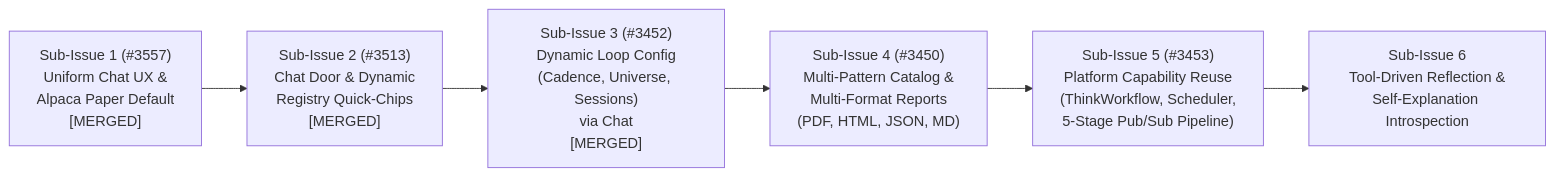
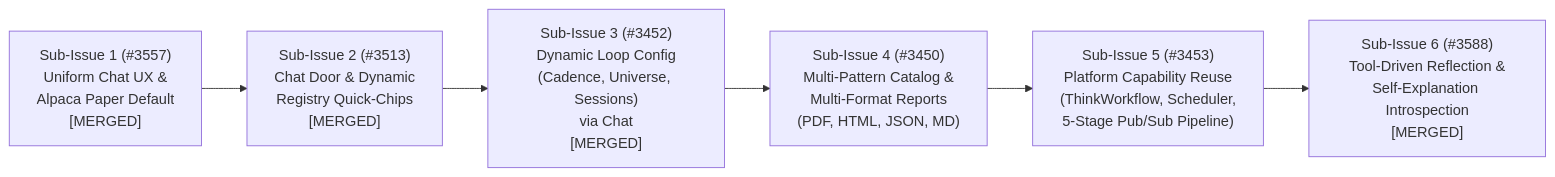
One commit to Qunsultant/cfagent changed the first of 4 diagrams in docs/architecture/agentic/stockcopilot-evoluation.md. Above: the diagram before and after it, drawn with Mermaid. The commit also changed other lines of this file, not shown here.

Commit message:
docs: update stock copilot evolution reference architecture for sub-issue 6 #ceo-aimp

````diff
--- a/docs/architecture/agentic/stockcopilot-evoluation.md
+++ b/docs/architecture/agentic/stockcopilot-evoluation.md
@@ -42,8 +42,8 @@
 ```mermaid
 flowchart LR
     S1["Sub-Issue 1 (#3557)<br/>Uniform Chat UX &<br/>Alpaca Paper Default<br/>[MERGED]"] --> S2["Sub-Issue 2 (#3513)<br/>Chat Door & Dynamic<br/>Registry Quick-Chips<br/>[MERGED]"]
     S2 --> S3["Sub-Issue 3 (#3452)<br/>Dynamic Loop Config<br/>(Cadence, Universe, Sessions)<br/>via Chat<br/>[MERGED]"]
     S3 --> S4["Sub-Issue 4 (#3450)<br/>Multi-Pattern Catalog &<br/>Multi-Format Reports<br/>(PDF, HTML, JSON, MD)"]
     S4 --> S5["Sub-Issue 5 (#3453)<br/>Platform Capability Reuse<br/>(ThinkWorkflow, Scheduler,<br/>5-Stage Pub/Sub Pipeline)"]
-    S5 --> S6["Sub-Issue 6<br/>Tool-Driven Reflection &<br/>Self-Explanation Introspection"]
+    S5 --> S6["Sub-Issue 6 (#3588)<br/>Tool-Driven Reflection &<br/>Self-Explanation Introspection<br/>[MERGED]"]
 ```
````
